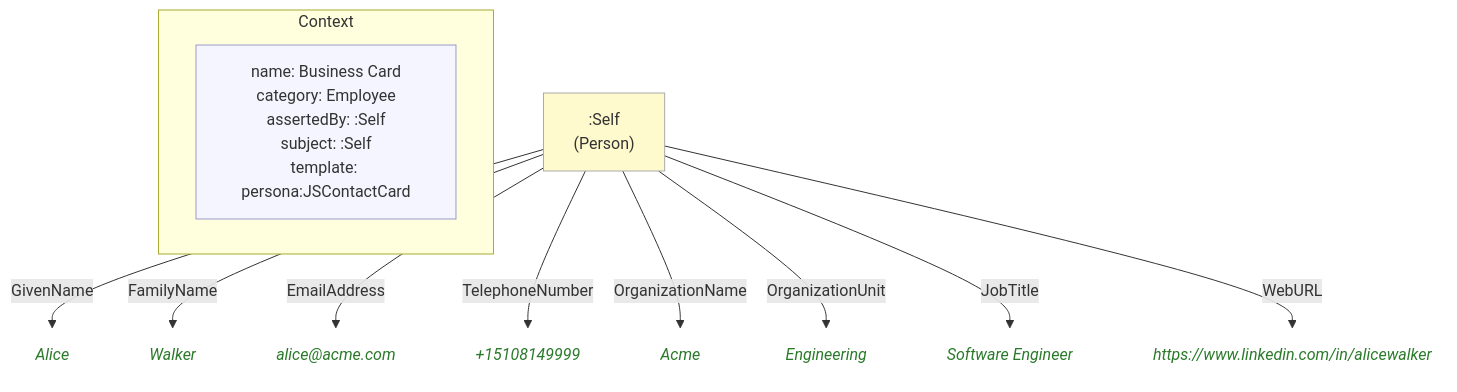
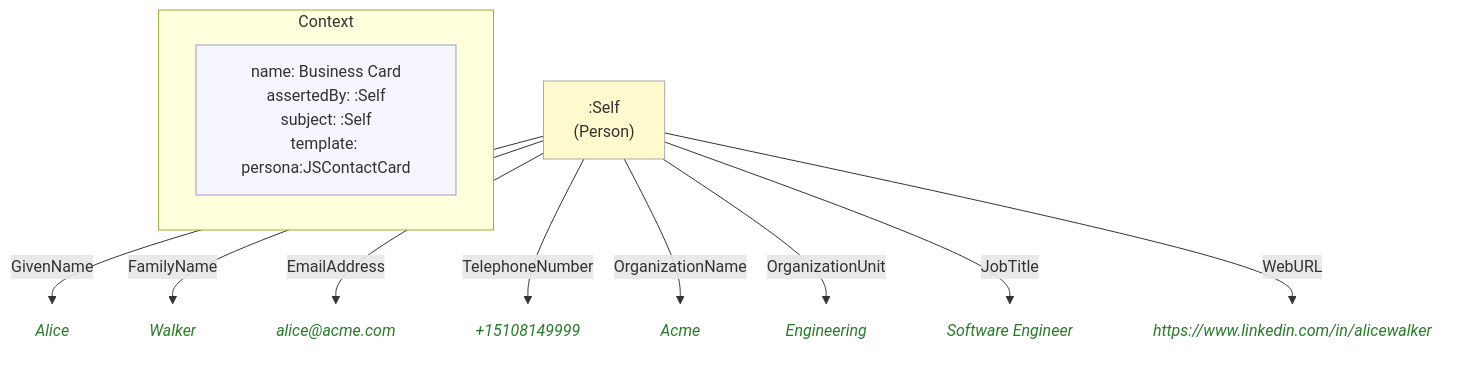
One commit to MeeFoundation/mia-ontologies changed the diagram in example/images/21-alice(business-card)alice.mmd. Above: the diagram before and after it, drawn with Mermaid. The commit also changed 74 other files, not shown here.

First line of the commit message:
Rename c:contextCategory property to c:category (context.ttl v1.0.44)

```diff
--- a/example/images/21-alice(business-card)alice.mmd
+++ b/example/images/21-alice(business-card)alice.mmd
@@ -1,31 +1,30 @@
-%% ContextCategory: context:Employee
 flowchart TD
     classDef person fill:#fffacd,stroke:#aaa,color:#333
     classDef grp    fill:#d4edda,stroke:#aaa,color:#333
     classDef org    fill:#cce5ff,stroke:#aaa,color:#333
     classDef lit    fill:none,stroke:none,font-style:italic,color:#2a7a2a
     classDef meta   fill:#f5f5ff,stroke:#9999cc,color:#333
 
     subgraph ctx["Context"]
         direction LR
-        ctx_meta["name: Business Card\ncategory: Employee\nassertedBy: :Self\nsubject: :Self\ntemplate: persona:JSContactCard"]:::meta
+        ctx_meta["name: Business Card\nassertedBy: :Self\nsubject: :Self\ntemplate: persona:JSContactCard"]:::meta
     end
 
     ne0c3ba92f1db[":Self\n(Person)"]:::person
-    n26220f577770("Alice"):::lit
-    nfea7cd69a931("Walker"):::lit
-    n614d921c096d("alice@acme.com"):::lit
-    n40a08773457f("+15108149999"):::lit
-    nfb4fde0bcc0d("Acme"):::lit
-    nc83631d97658("Engineering"):::lit
-    n7babc2d66612("Software Engineer"):::lit
-    n39d6344e3113("https://www.linkedin.com/in/alicewalker"):::lit
+    n6d2e57ba5ed1("Alice"):::lit
+    nf046b0e52c21("Walker"):::lit
+    n4832d59f4147("alice@acme.com"):::lit
+    n19e54f4f963f("+15108149999"):::lit
+    n721b0fdd3359("Acme"):::lit
+    n7a9800d53ef3("Engineering"):::lit
+    nb9da280a9f51("Software Engineer"):::lit
+    na84637aa5f07("https://www.linkedin.com/in/alicewalker"):::lit
 
-    ne0c3ba92f1db -->|"GivenName"| n26220f577770
-    ne0c3ba92f1db -->|"FamilyName"| nfea7cd69a931
-    ne0c3ba92f1db -->|"EmailAddress"| n614d921c096d
-    ne0c3ba92f1db -->|"TelephoneNumber"| n40a08773457f
-    ne0c3ba92f1db -->|"OrganizationName"| nfb4fde0bcc0d
-    ne0c3ba92f1db -->|"OrganizationUnit"| nc83631d97658
-    ne0c3ba92f1db -->|"JobTitle"| n7babc2d66612
-    ne0c3ba92f1db -->|"WebURL"| n39d6344e3113
+    ne0c3ba92f1db -->|"GivenName"| n6d2e57ba5ed1
+    ne0c3ba92f1db -->|"FamilyName"| nf046b0e52c21
+    ne0c3ba92f1db -->|"EmailAddress"| n4832d59f4147
+    ne0c3ba92f1db -->|"TelephoneNumber"| n19e54f4f963f
+    ne0c3ba92f1db -->|"OrganizationName"| n721b0fdd3359
+    ne0c3ba92f1db -->|"OrganizationUnit"| n7a9800d53ef3
+    ne0c3ba92f1db -->|"JobTitle"| nb9da280a9f51
+    ne0c3ba92f1db -->|"WebURL"| na84637aa5f07
```
